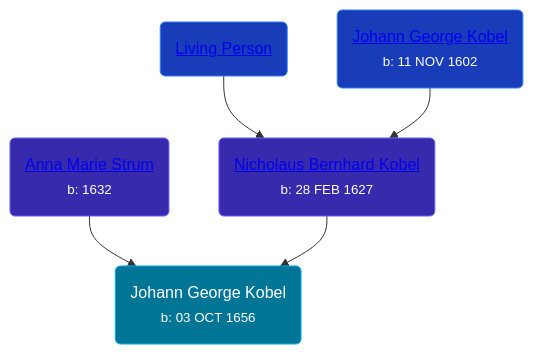
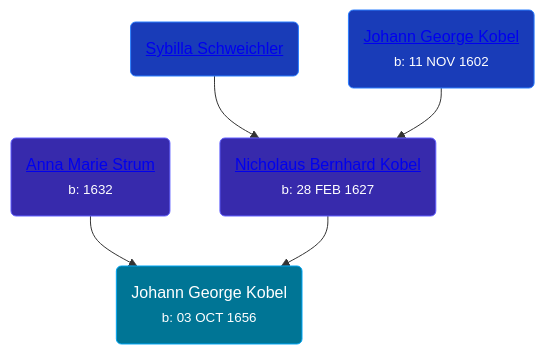
One commit to wpmgotkh/wpmgotkh.github.io changed the diagram in pages/people/9/96923637.md. Above: the diagram before and after it, drawn with Mermaid. The commit also changed 586 other files, not shown here.

Commit message:
feat: better shouldConsiderPersonLiving algo

````diff
--- a/pages/people/9/96923637.md
+++ b/pages/people/9/96923637.md
@@ -11,11 +11,11 @@
 ```mermaid
 graph
 classDef grands fill:#193cb8,stroke:#2b7fff,stroke-width:1px,color:#fff;
 classDef parents fill:#372aac,stroke:#615fff,stroke-width:1px,color:#fff;
 classDef primary fill:#007595,stroke:#00a6f4,stroke-width:1px,color:#fff;
 96923637(Johann George Kobel<br /><small>b: 03 OCT 1656</small>):::primary
 70388532(<a class="text-white" href="/people/7/70388532">Anna Marie Strum</a><br /><small>b: 1632</small>):::parents-->96923637
 51558544(<a class="text-white" href="/people/5/51558544">Nicholaus Bernhard Kobel</a><br /><small>b: 28 FEB 1627</small>):::parents-->96923637
-19897612(<a class="text-white" href="/people/1/19897612">Living Person</a>):::grands-->51558544
+19897612(<a class="text-white" href="/people/1/19897612">Sybilla Schweichler</a>):::grands-->51558544
 13002801(<a class="text-white" href="/people/1/13002801">Johann George Kobel</a><br /><small>b: 11 NOV 1602</small>):::grands-->51558544
 ```
````
